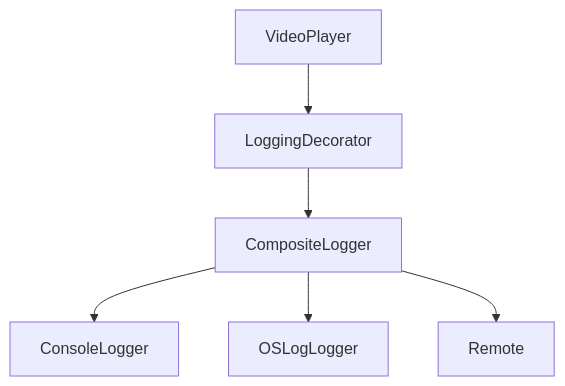
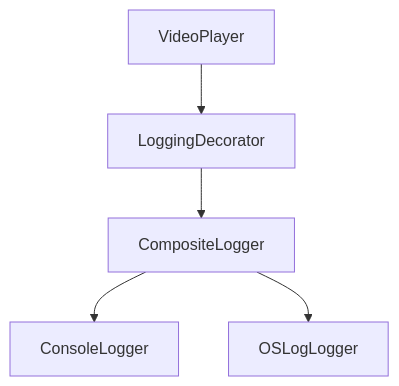
One commit to tattva20/StreamingVideoApp changed the diagram in docs/features/LOGGING.md. Above: the diagram before and after it, drawn with Mermaid. The commit also changed other lines of this file and 43 other files, not shown here.

````diff
--- a/docs/features/LOGGING.md
+++ b/docs/features/LOGGING.md
@@ -9,7 +9,6 @@
 ```mermaid
 flowchart TB
     VP["VideoPlayer"] --> LD["LoggingDecorator"] --> CL["CompositeLogger"]
     CL --> CoL["ConsoleLogger"]
     CL --> OS["OSLogLogger"]
-    CL --> RE["Remote"]
 ```
````
